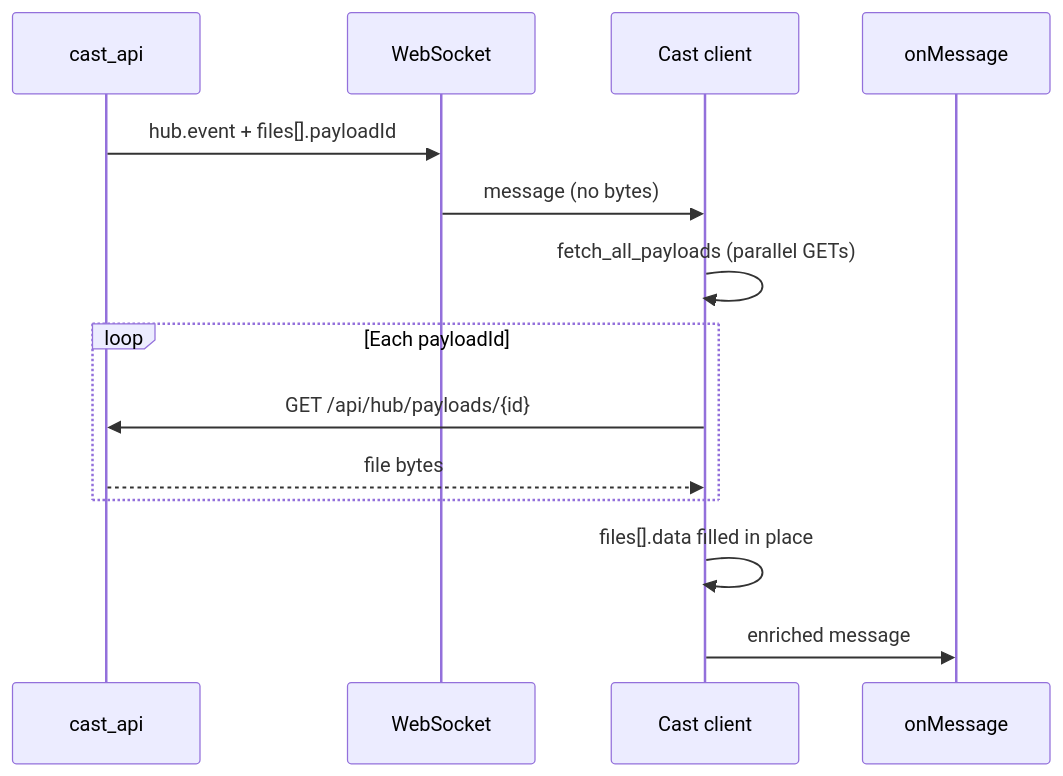
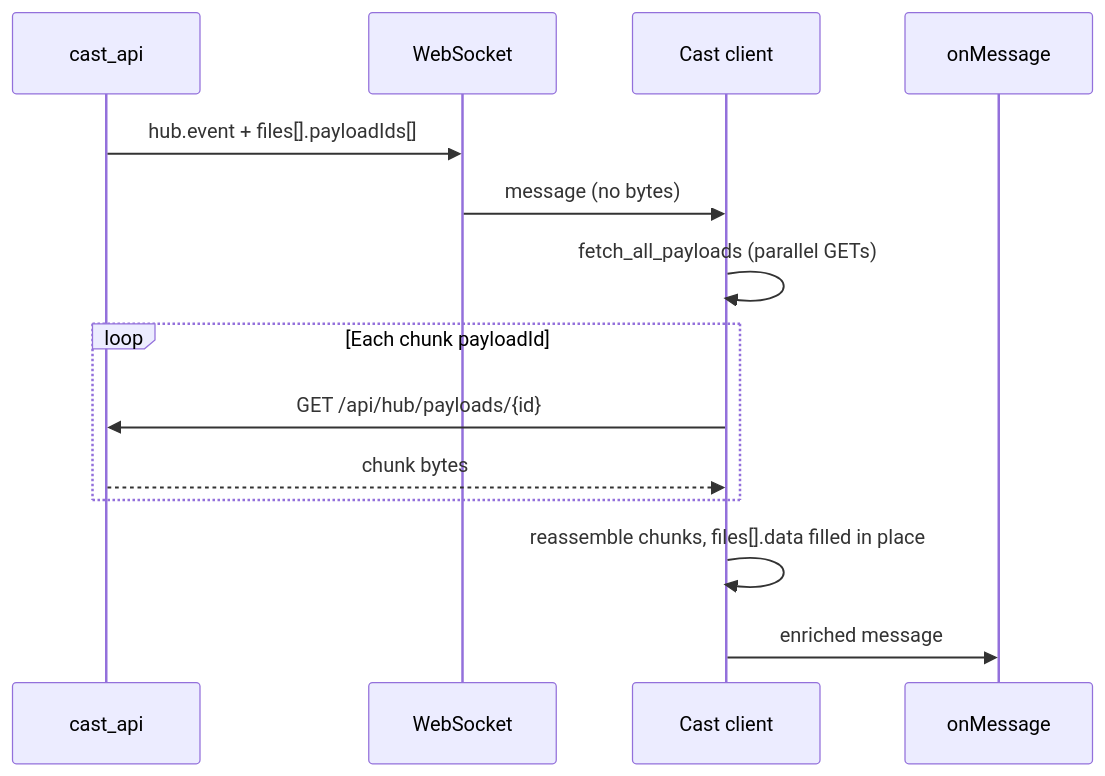
One commit to mbellehumeur/SlicerCastInterface changed the second of 2 diagrams in CastInterface/docs/binary-file-transfer.md. Above: the diagram before and after it, drawn with Mermaid. The commit also changed other lines of this file and 7 other files, not shown here.

````diff
--- a/CastInterface/docs/binary-file-transfer.md
+++ b/CastInterface/docs/binary-file-transfer.md
@@ -158,17 +176,17 @@
 ```mermaid
 sequenceDiagram
     participant Hub as cast_api
     participant WS as WebSocket
     participant Client as Cast client
     participant App as onMessage
 
-    Hub->>WS: hub.event + files[].payloadId
+    Hub->>WS: hub.event + files[].payloadIds[]
     WS->>Client: message (no bytes)
     Client->>Client: fetch_all_payloads (parallel GETs)
-    loop Each payloadId
+    loop Each chunk payloadId
         Client->>Hub: GET /api/hub/payloads/{id}
-        Hub-->>Client: file bytes
+        Hub-->>Client: chunk bytes
     end
-    Client->>Client: files[].data filled in place
+    Client->>Client: reassemble chunks, files[].data filled in place
     Client->>App: enriched message
 ```
````
